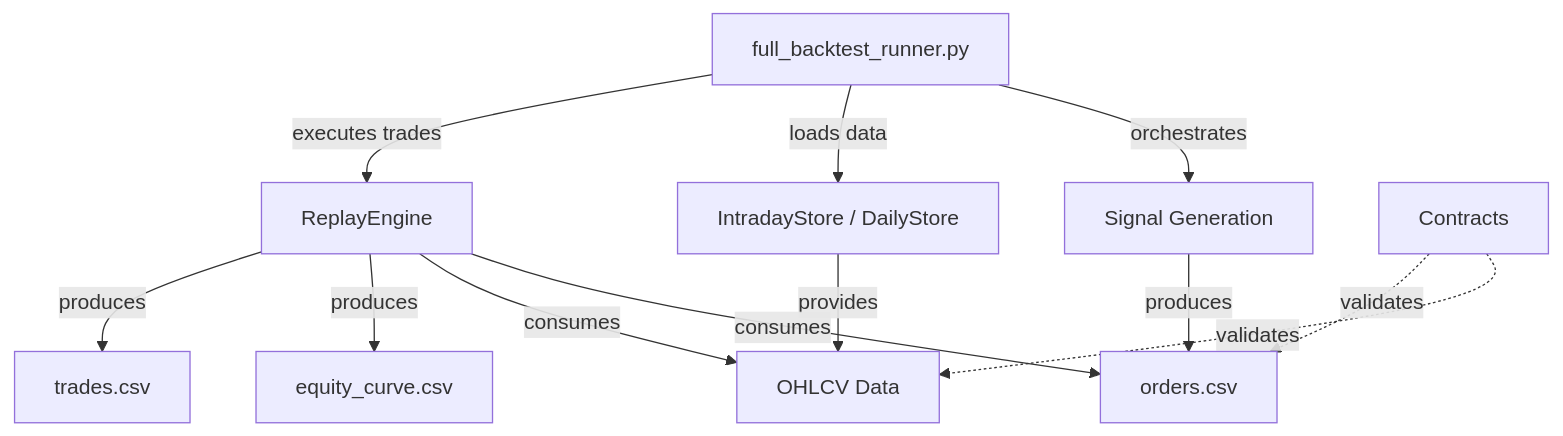
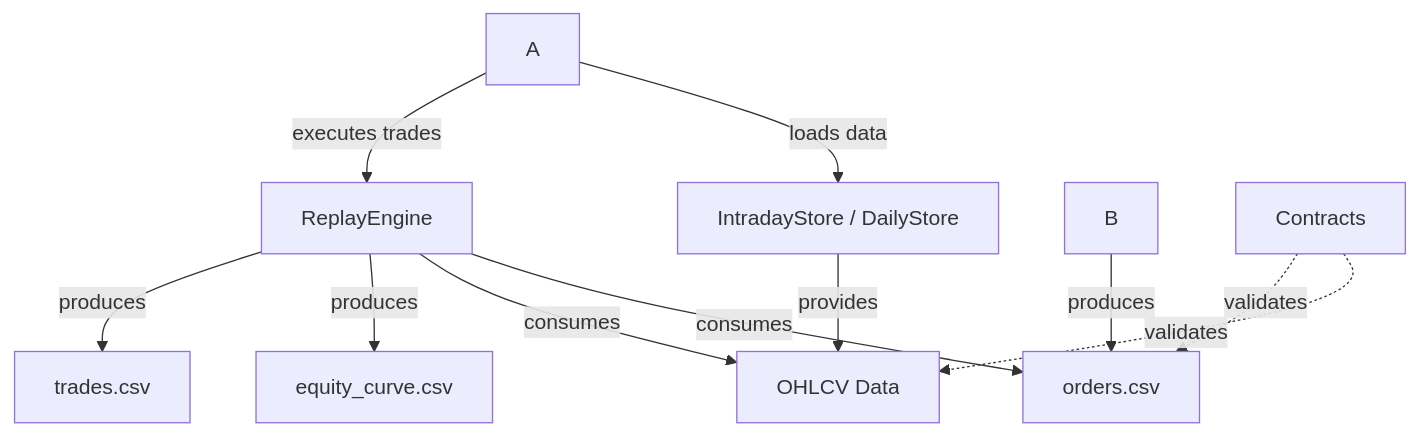
The diagram in src/axiom_bt/docs/axiom_bt_interface_specification.md (CyberForge275/traderunner), drawn with Mermaid before and after one commit. The commit also changed other lines of this file and 37 other files, not shown here.

````diff
--- a/src/axiom_bt/docs/axiom_bt_interface_specification.md
+++ b/src/axiom_bt/docs/axiom_bt_interface_specification.md
@@ -29,16 +29,15 @@
 ```mermaid
 graph TB
-    A[full_backtest_runner.py] -->|orchestrates| B[Signal Generation]
     A -->|loads data| C[IntradayStore / DailyStore]
     A -->|executes trades| D[ReplayEngine]
 
     B -->|produces| E[orders.csv]
     C -->|provides| F[OHLCV Data]
     D -->|consumes| E
     D -->|consumes| F
     D -->|produces| G[equity_curve.csv]
     D -->|produces| H[trades.csv]
 
     I[Contracts] -.validates.-> F
     I -.validates.-> E
 ```
````
